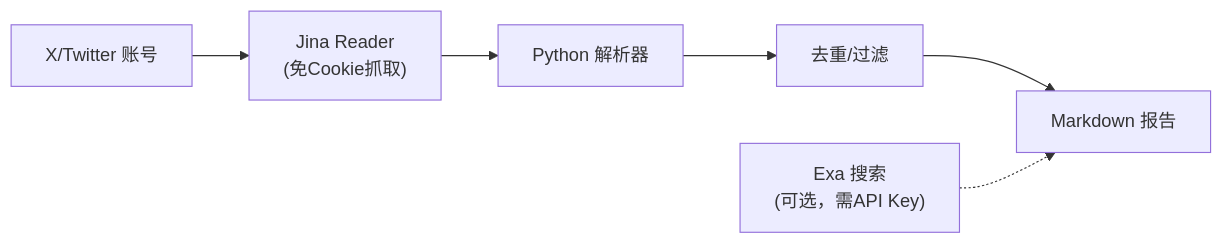
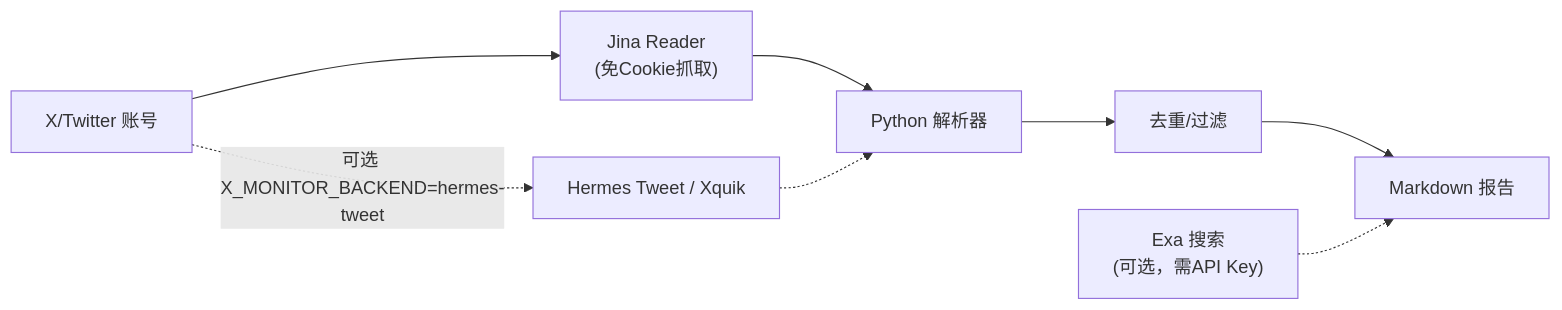
The diagram in SKILL.md (Kellen223/x-ai-monitor), drawn with Mermaid before and after one commit. The commit also changed other lines of this file and 6 other files, not shown here.

Commit message:
Add Hermes Tweet read backend

````diff
--- a/SKILL.md
+++ b/SKILL.md
@@ -20,8 +21,10 @@
 ```mermaid
 graph LR
     A["X/Twitter 账号"] --> B["Jina Reader<br/>(免Cookie抓取)"]
     B --> C["Python 解析器"]
+    A -. "可选 X_MONITOR_BACKEND=hermes-tweet" .-> G["Hermes Tweet / Xquik"]
+    G -.-> C
     C --> D["去重/过滤"]
     D --> E["Markdown 报告"]
     F["Exa 搜索<br/>(可选，需API Key)"] -.-> E
 ```
````
